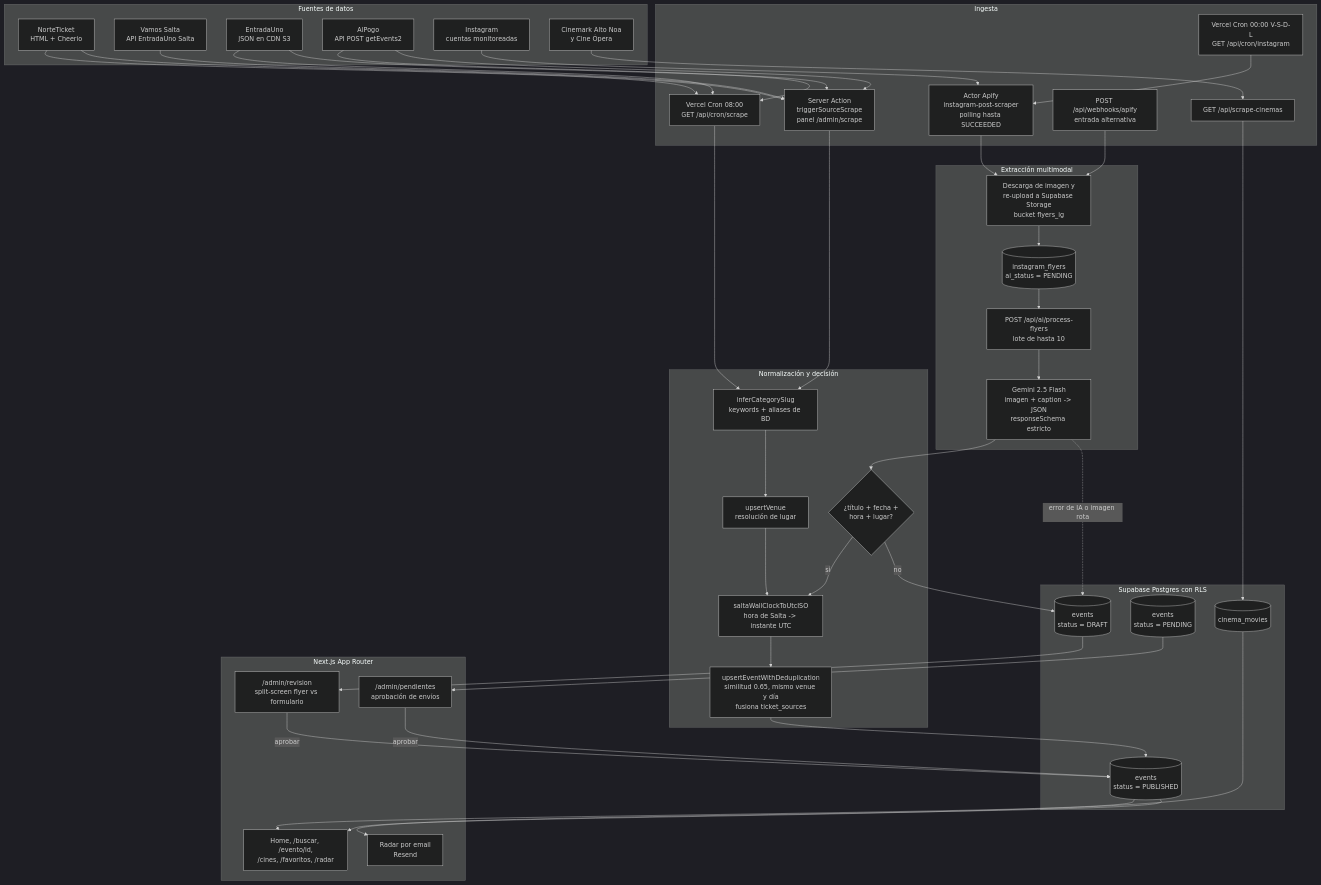
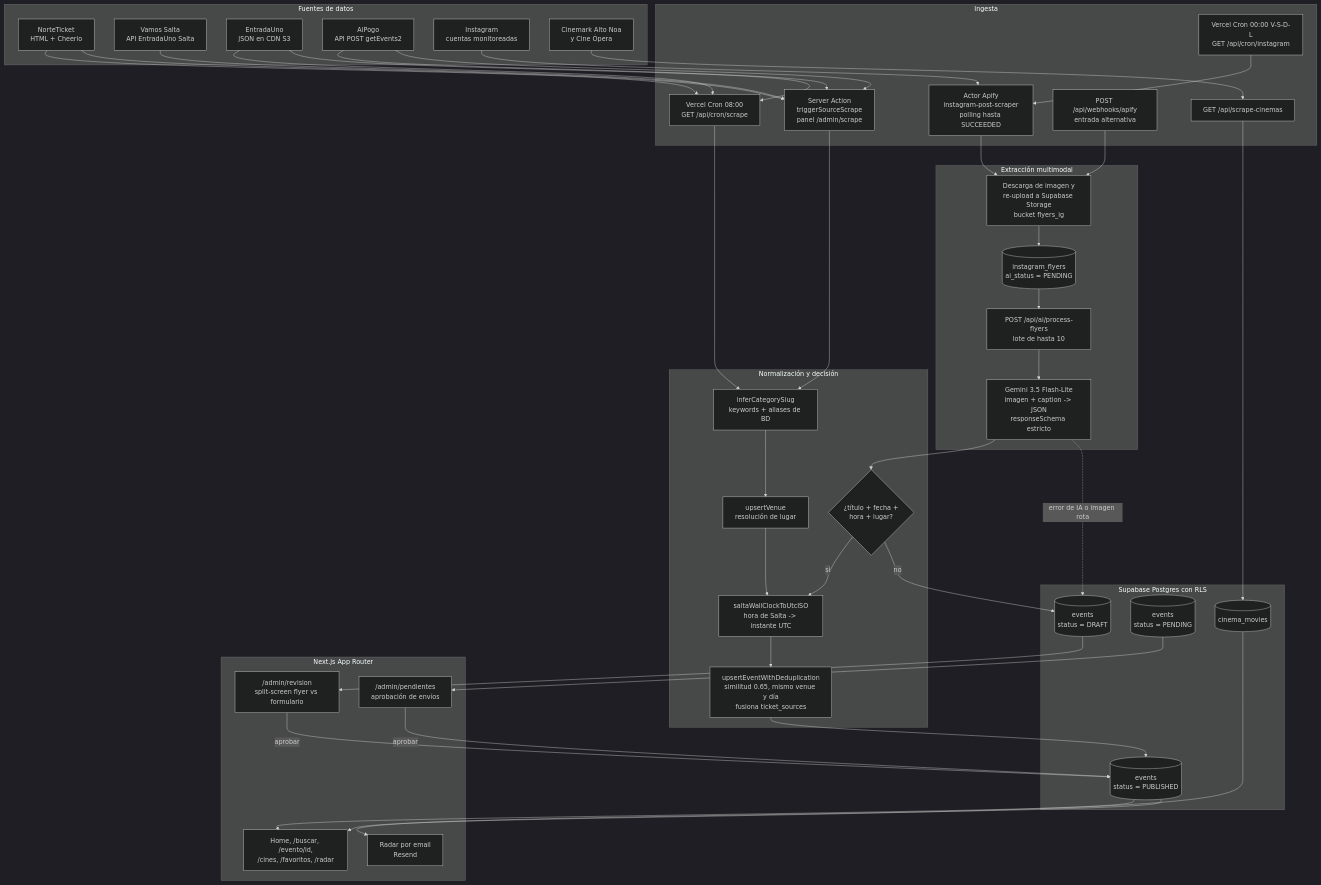
One commit to Malejo01/que-pinta-salta changed the diagram in README.md. Above: the diagram before and after it, drawn with Mermaid (dark theme). The commit also changed other lines of this file and 8 other files, not shown here.

First line of the commit message:
fix: Gemini 3.5 Flash-Lite, cron diario de cines y botón de scraping del admin

```diff
--- a/README.md
+++ b/README.md
@@ -47,7 +47,7 @@
         STORE["Descarga de imagen y<br/>re-upload a Supabase Storage<br/>bucket flyers_ig"]
         FLY[("instagram_flyers<br/>ai_status = PENDING")]
         BATCH["POST /api/ai/process-flyers<br/>lote de hasta 10"]
-        GEM["Gemini 2.5 Flash<br/>imagen + caption -> JSON<br/>responseSchema estricto"]
+        GEM["Gemini 3.5 Flash-Lite<br/>imagen + caption -> JSON<br/>responseSchema estricto"]
     end
 
     subgraph NORM["Normalización y decisión"]
```
